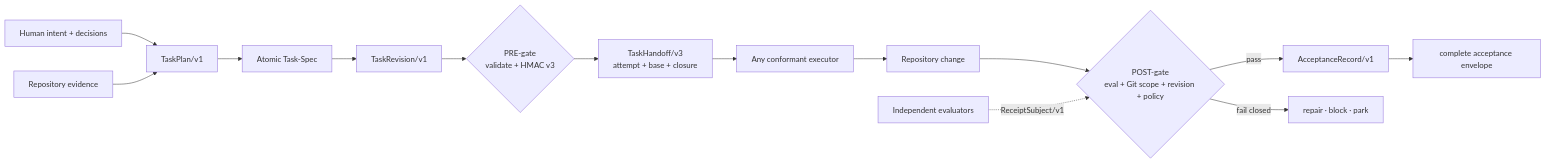
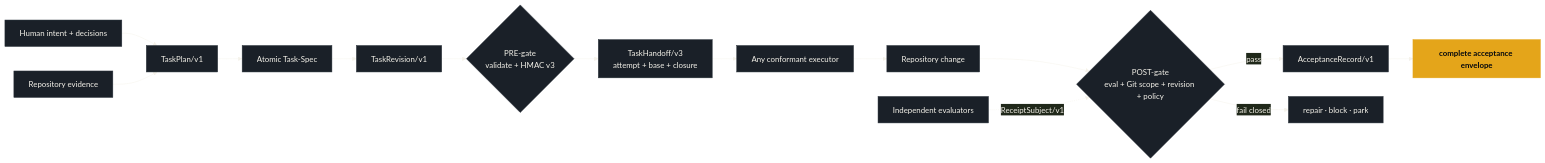
The third of 5 diagrams in README.md (luanmorenommaciel/task-spec), drawn with Mermaid before and after one commit. The commit also changed other lines of this file and 16 other files, not shown here.

````diff
--- a/README.md
+++ b/README.md
@@ -396,16 +485,21 @@
 ```mermaid
+%%{init: {'theme': 'base', 'themeVariables': { 'background': '#070A0F', 'primaryColor': '#1a2028', 'primaryTextColor': '#F5F2EA', 'primaryBorderColor': '#29313A', 'lineColor': '#F5F2EA'}}}%%
 flowchart LR
     Human["Human intent + decisions"] --> Plan["TaskPlan/v1"]
     Repo["Repository evidence"] --> Plan
     Plan --> Spec["Atomic Task-Spec"]
     Spec --> Revision["TaskRevision/v1"]
     Revision --> Pre{"PRE-gate<br/>validate + HMAC v3"}
     Pre --> Handoff["TaskHandoff/v3<br/>attempt + base + closure"]
     Handoff --> Executor["Any conformant executor"]
     Executor --> Change["Repository change"]
     Change --> Post{"POST-gate<br/>eval + Git scope + revision + policy"}
     Evaluators["Independent evaluators"] -. "ReceiptSubject/v1" .-> Post
     Post -->|pass| Record["AcceptanceRecord/v1"]
     Record --> Accepted["complete acceptance envelope"]
     Post -->|fail closed| Repair["repair · block · park"]
+    
+    classDef default fill:#1a2028,stroke:#29313A,color:#F5F2EA
+    classDef verdict fill:#E4A51A,stroke:#E4A51A,color:#070A0F,font-weight:bold
+    class Accepted verdict
 ```
````
